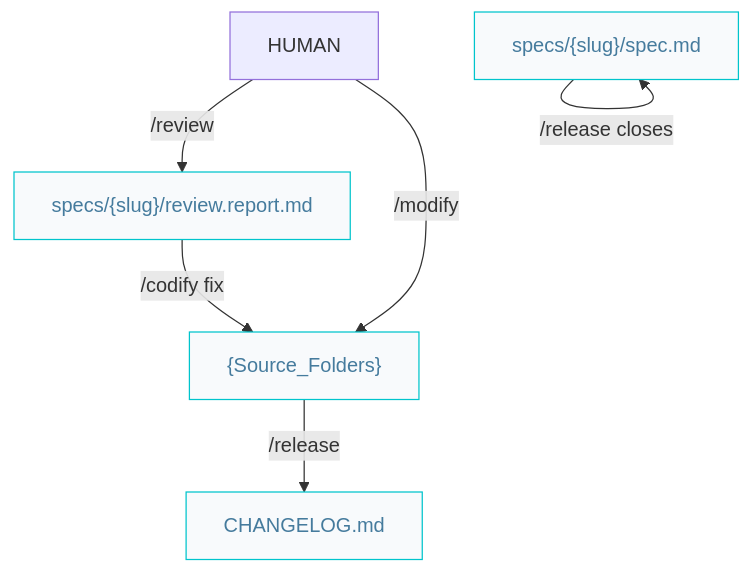
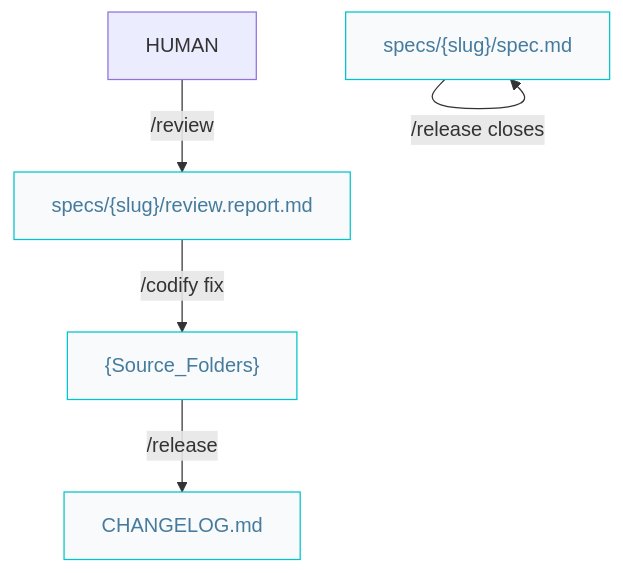
One commit to AIDDbot/AIDDbot changed the diagram in docs/craftsman.pipelines.md. Above: the diagram before and after it, drawn with Mermaid. The commit also changed other lines of this file and 21 other files, not shown here.

````diff
--- a/docs/craftsman.pipelines.md
+++ b/docs/craftsman.pipelines.md
@@ -7,16 +7,15 @@
 ```mermaid
 flowchart TD  
   HUM[HUMAN]
   COD["{Source_Folders}"]:::nd
   RVR["specs/{slug}/review.report.md"]:::nd
   SPC["specs/{slug}/spec.md"]:::nd
   CHL["CHANGELOG.md"]:::nd
   
   HUM -->|/review| RVR
   RVR -->|/codify fix| COD
   COD -->|/release| CHL
   SPC -->|/release closes| SPC
-  HUM -->|/modify| COD
 
   classDef nd fill:#f8fafc,stroke:#00c4cc,color:#457b9d
 ```
````
